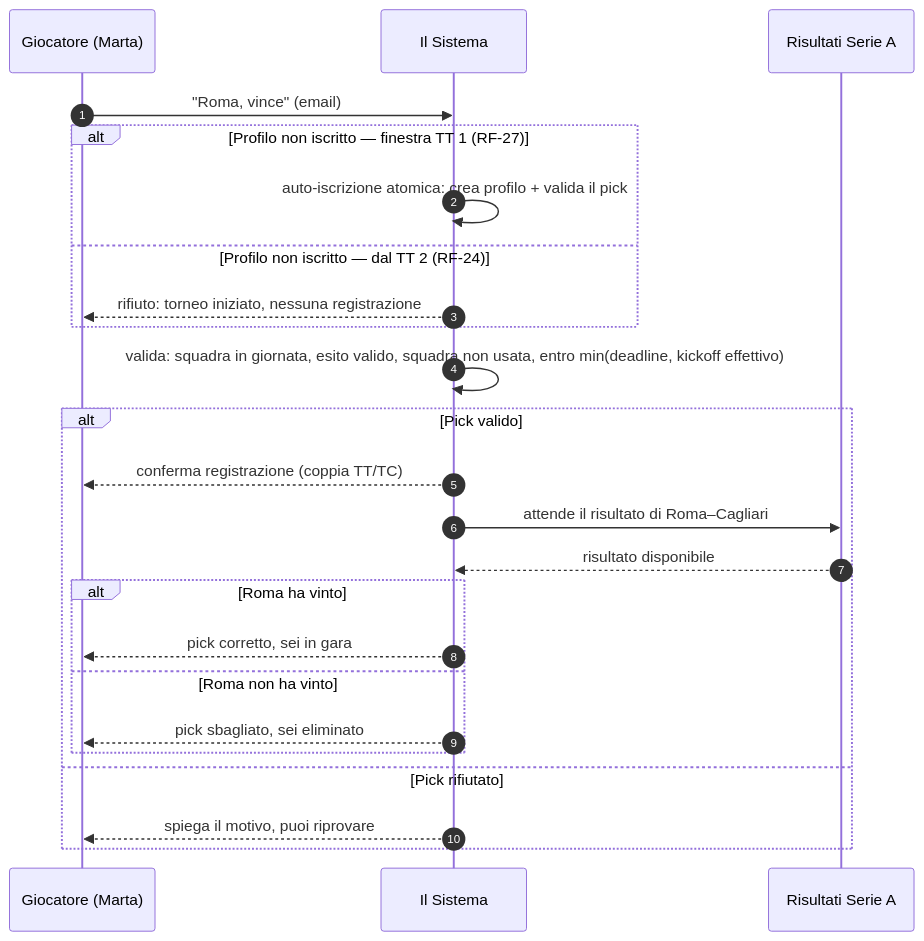
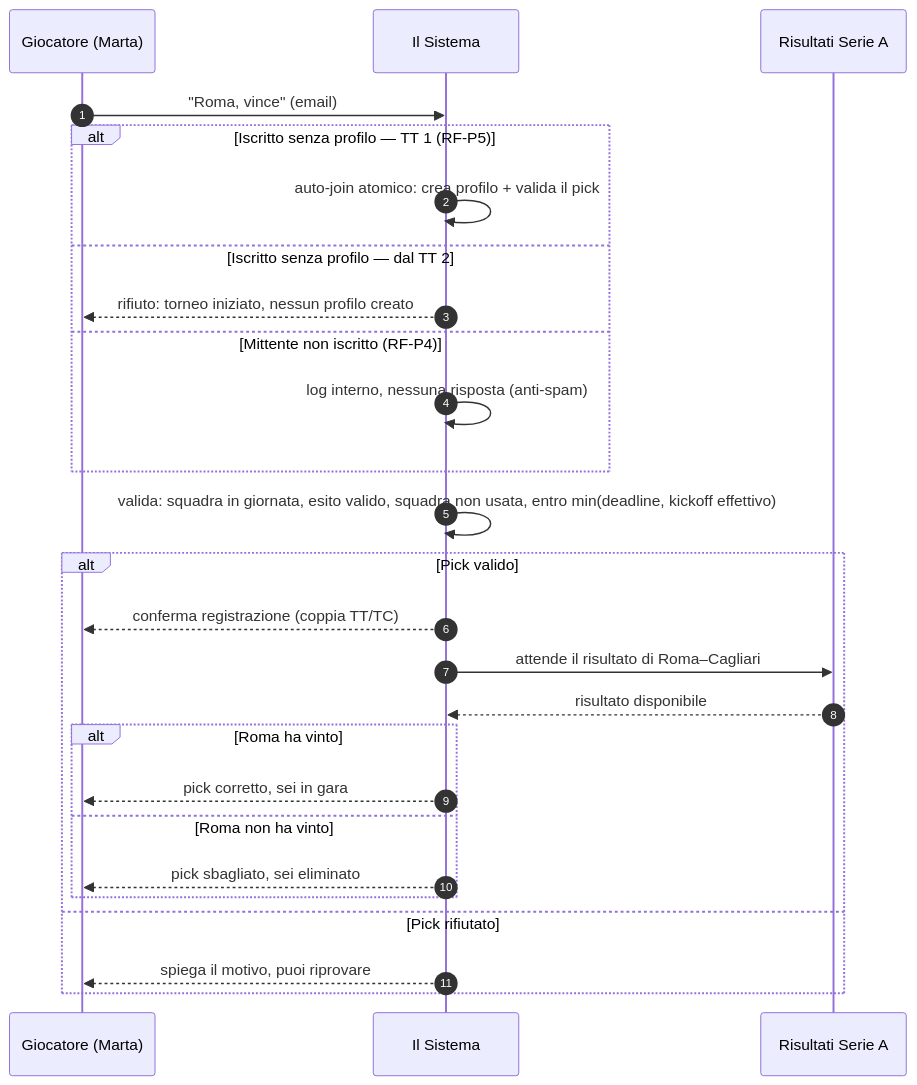
The seventh of 9 diagrams in docs/POC/POC_HLD.md (fulviodeg/SurvivorLeague), drawn with Mermaid before and after one commit. The commit also changed other lines of this file and 73 other files, not shown here.

````diff
--- a/docs/POC/POC_HLD.md
+++ b/docs/POC/POC_HLD.md
@@ -332,26 +375,28 @@
 ```mermaid
 sequenceDiagram
     autonumber
     participant G as Giocatore (Marta)
     participant S as Il Sistema
     participant R as Risultati Serie A
     G->>S: "Roma, vince" (email)
-    alt Profilo non iscritto — finestra TT 1 (RF-27)
-        S->>S: auto-iscrizione atomica: crea profilo + valida il pick
-    else Profilo non iscritto — dal TT 2 (RF-24)
-        S-->>G: rifiuto: torneo iniziato, nessuna registrazione
+    alt Iscritto senza profilo — TT 1 (RF-P5)
+        S->>S: auto-join atomico: crea profilo + valida il pick
+    else Iscritto senza profilo — dal TT 2
+        S-->>G: rifiuto: torneo iniziato, nessun profilo creato
+    else Mittente non iscritto (RF-P4)
+        S->>S: log interno, nessuna risposta (anti-spam)
     end
     S->>S: valida: squadra in giornata, esito valido, squadra non usata, entro min(deadline, kickoff effettivo)
     alt Pick valido
         S-->>G: conferma registrazione (coppia TT/TC)
         S->>R: attende il risultato di Roma–Cagliari
         R-->>S: risultato disponibile
         alt Roma ha vinto
             S-->>G: pick corretto, sei in gara
         else Roma non ha vinto
             S-->>G: pick sbagliato, sei eliminato
         end
     else Pick rifiutato
         S-->>G: spiega il motivo, puoi riprovare
     end
 ```
````
